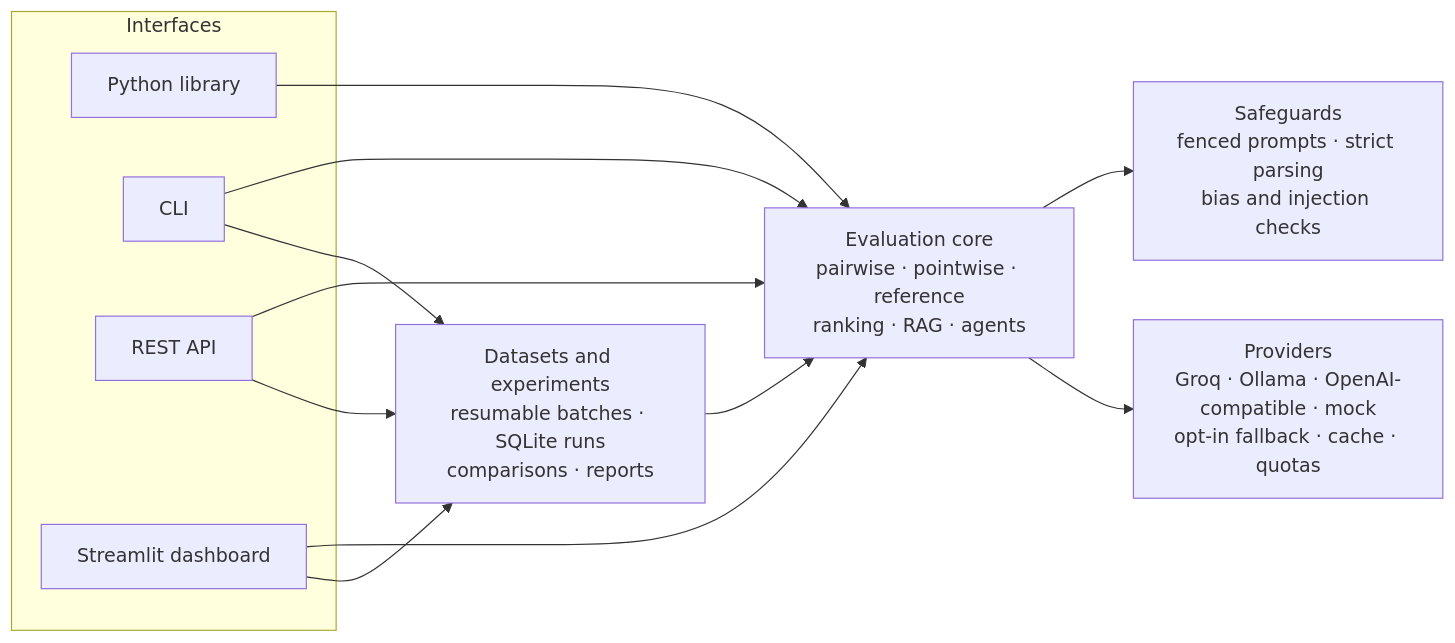
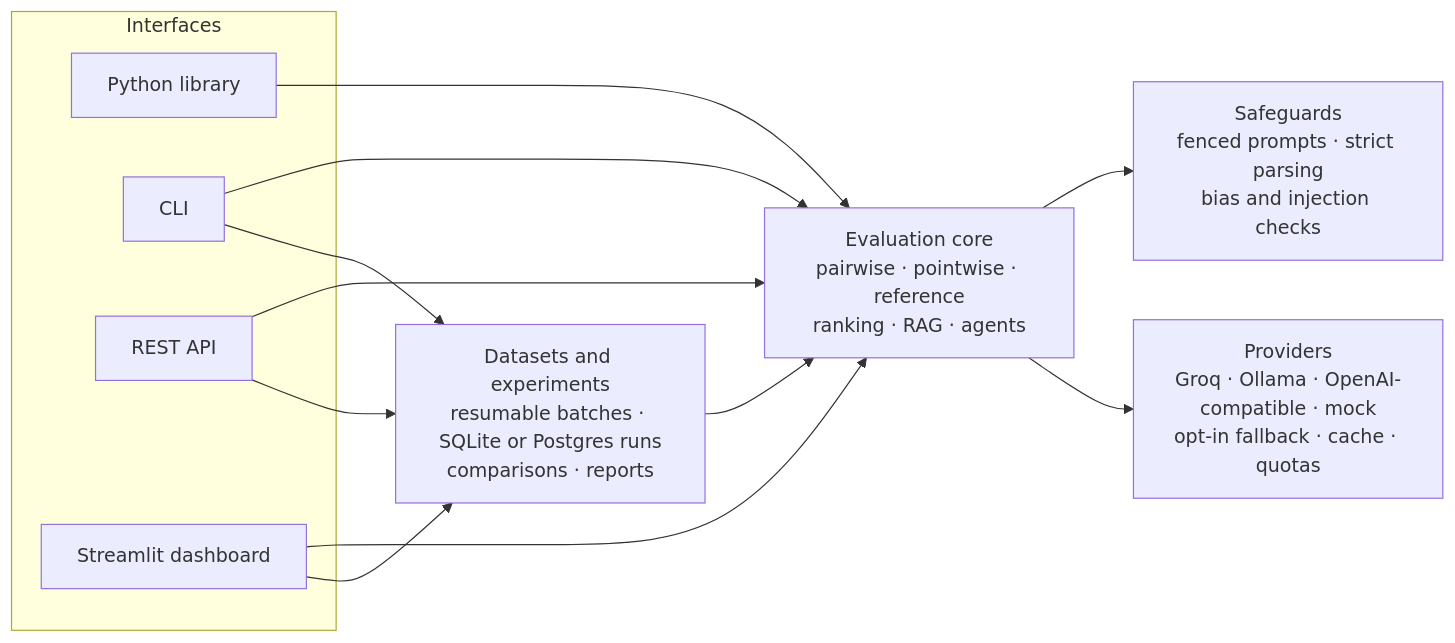
The diagram in README.md (syed-waleed-ahmed/LLM-as-Judge), drawn with Mermaid before and after one commit. The commit also changed other lines of this file and 16 other files, not shown here.

````diff
--- a/README.md
+++ b/README.md
@@ -706,18 +715,18 @@
 ```mermaid
 flowchart LR
     subgraph Interfaces
         LIB[Python library]
         CLI[CLI]
         API[REST API]
         UI[Streamlit dashboard]
     end
     CORE[Evaluation core<br/>pairwise · pointwise · reference<br/>ranking · RAG · agents]
     SAFE[Safeguards<br/>fenced prompts · strict parsing<br/>bias and injection checks]
-    DATA[Datasets and experiments<br/>resumable batches · SQLite runs<br/>comparisons · reports]
+    DATA[Datasets and experiments<br/>resumable batches · SQLite or Postgres runs<br/>comparisons · reports]
     PROV[Providers<br/>Groq · Ollama · OpenAI-compatible · mock<br/>opt-in fallback · cache · quotas]
     LIB & CLI & API & UI --> CORE
     CLI & API & UI --> DATA
     DATA --> CORE
     CORE --> SAFE
     CORE --> PROV
 ```
````
